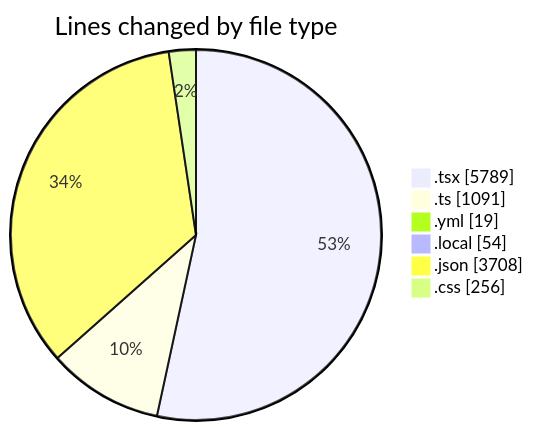
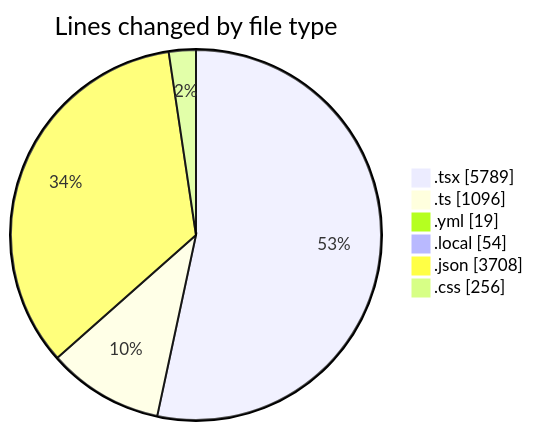
Before and after one commit to julien-gomy/code-tracking: the first of 2 diagrams in 2025-11-18/eventscop-frontend-guide__workspace_/README.md, drawn with Mermaid. The commit also changed other lines of this file and 1 other file, not shown here.

````diff
--- a/2025-11-18/eventscop-frontend-guide__workspace_/README.md
+++ b/2025-11-18/eventscop-frontend-guide__workspace_/README.md
@@ -76,10 +76,10 @@
 ```mermaid
 pie showData
 title Lines changed by file type
 ".tsx" : 5789
-".ts" : 1091
+".ts" : 1096
 ".yml" : 19
 ".local" : 54
 ".json" : 3708
 ".css" : 256
 ```
````
